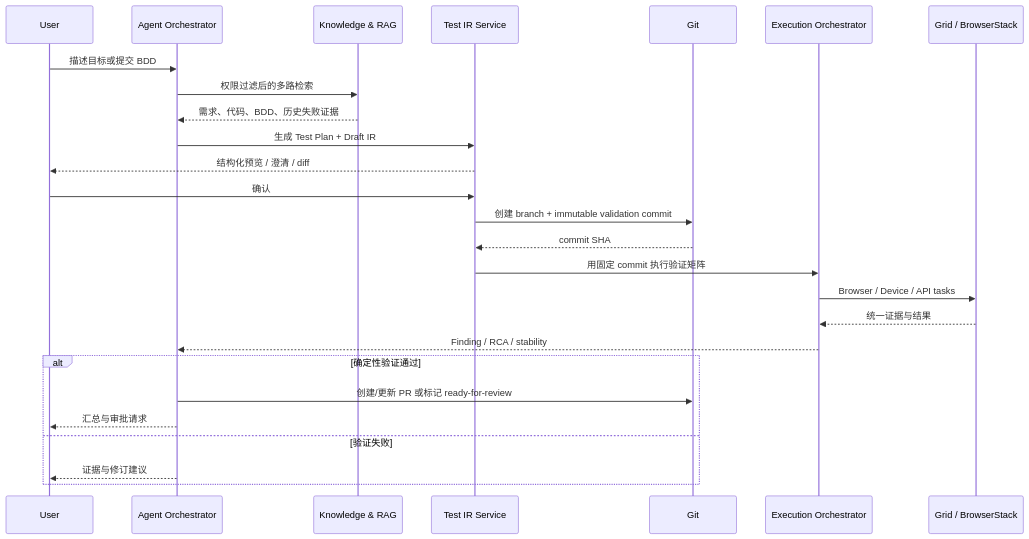
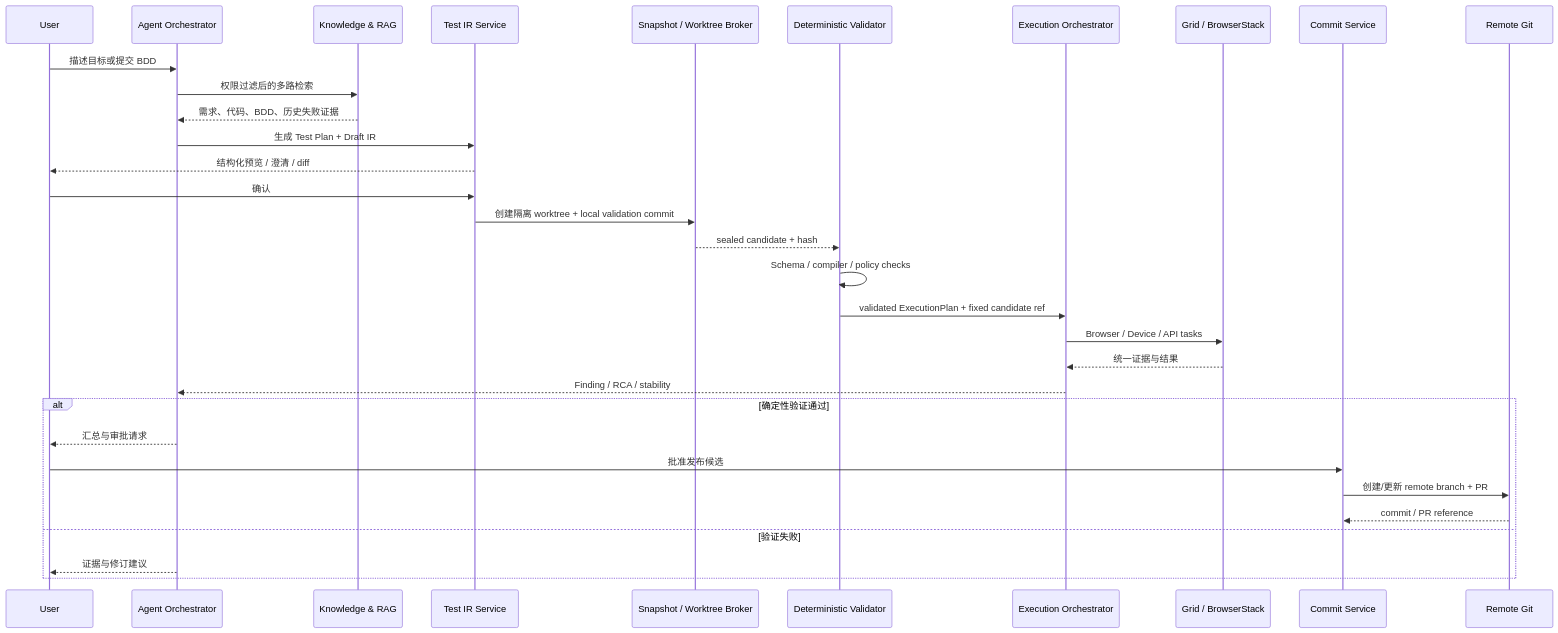
The ninth of 11 diagrams in docs/architecture.md (patrickstarpty/tap), drawn with Mermaid before and after one commit. The commit also changed other lines of this file and 9 other files, not shown here.

Commit message:
docs: integrate platform and RAG architecture

````diff
--- a/docs/architecture.md
+++ b/docs/architecture.md
@@ -352,29 +665,35 @@
 ```mermaid
 sequenceDiagram
     participant U as User
     participant A as Agent Orchestrator
     participant K as Knowledge & RAG
     participant T as Test IR Service
-    participant G as Git
+    participant S as Snapshot / Worktree Broker
+    participant V as Deterministic Validator
     participant E as Execution Orchestrator
     participant W as Grid / BrowserStack
+    participant C as Commit Service
+    participant G as Remote Git
 
     U->>A: 描述目标或提交 BDD
     A->>K: 权限过滤后的多路检索
     K-->>A: 需求、代码、BDD、历史失败证据
     A->>T: 生成 Test Plan + Draft IR
     T-->>U: 结构化预览 / 澄清 / diff
     U->>T: 确认
-    T->>G: 创建 branch + immutable validation commit
-    G-->>T: commit SHA
-    T->>E: 用固定 commit 执行验证矩阵
+    T->>S: 创建隔离 worktree + local validation commit
+    S-->>V: sealed candidate + hash
+    V->>V: Schema / compiler / policy checks
+    V->>E: validated ExecutionPlan + fixed candidate ref
     E->>W: Browser / Device / API tasks
     W-->>E: 统一证据与结果
     E-->>A: Finding / RCA / stability
     alt 确定性验证通过
-      A->>G: 创建/更新 PR 或标记 ready-for-review
       A-->>U: 汇总与审批请求
+      U->>C: 批准发布候选
+      C->>G: 创建/更新 remote branch + PR
+      G-->>C: commit / PR reference
     else 验证失败
       A-->>U: 证据与修订建议
     end
 ```
````
